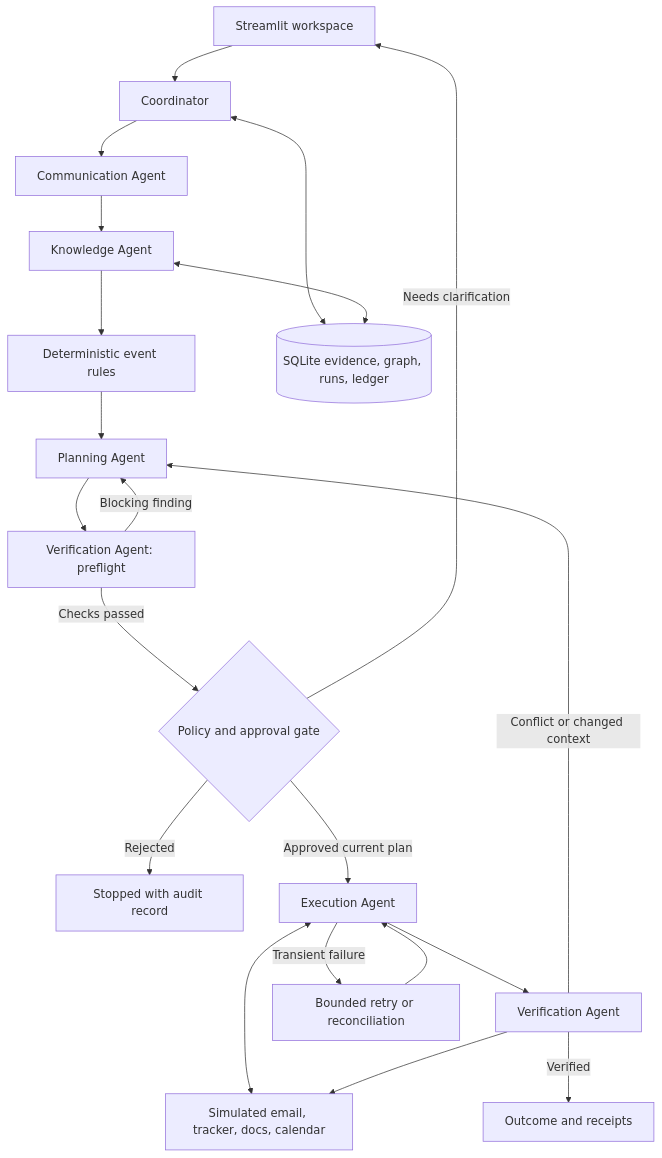
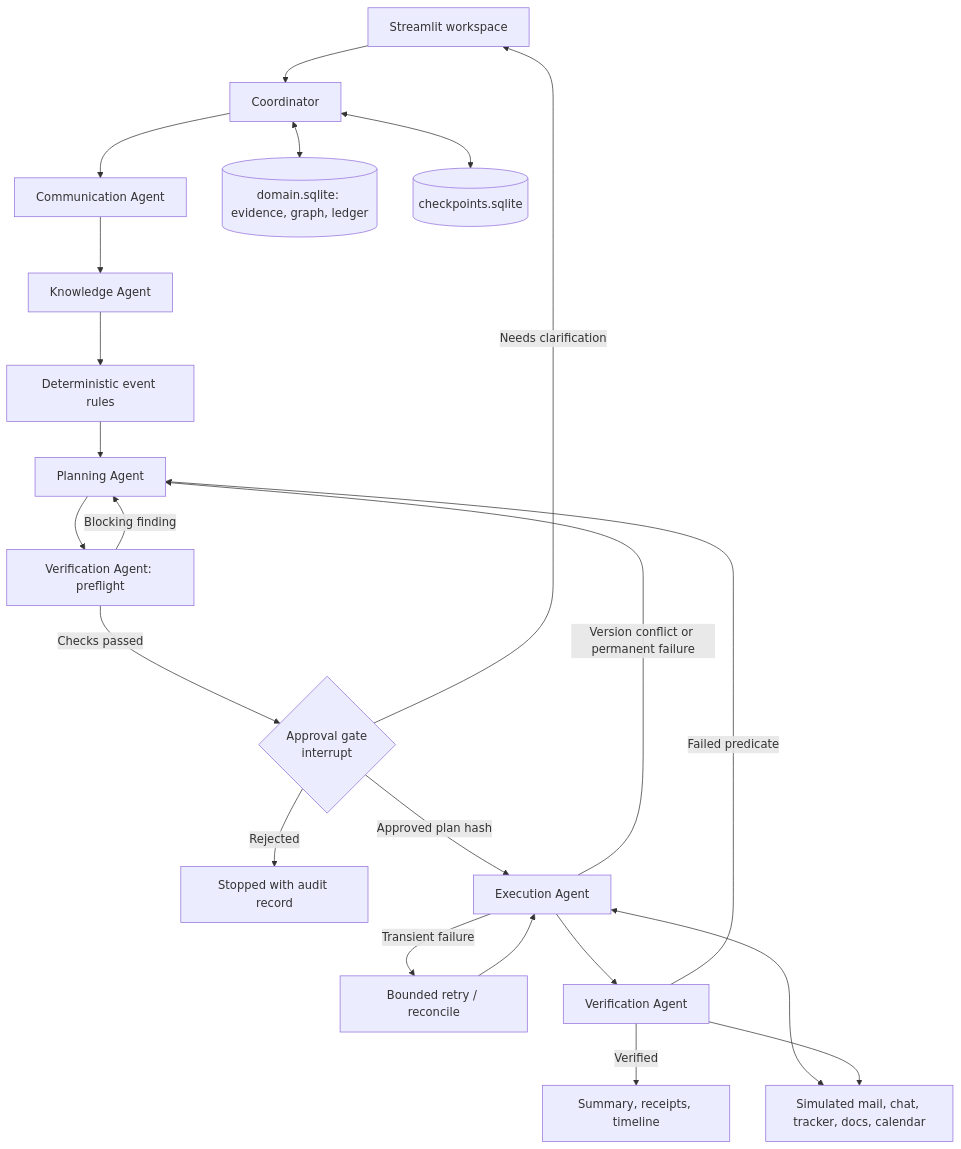
The diagram in temp/PROJECT_B_BLUEPRINT.md (Adarsh-Saurabh/HackInnovision26-MetaVision), drawn with Mermaid before and after one commit. The commit also changed other lines of this file, not shown here.

````diff
--- a/temp/PROJECT_B_BLUEPRINT.md
+++ b/temp/PROJECT_B_BLUEPRINT.md
@@ -202,23 +251,24 @@
 ```mermaid
 flowchart TD
     UI[Streamlit workspace] --> C[Coordinator]
     C --> COM[Communication Agent]
     COM --> K[Knowledge Agent]
     K --> RULES[Deterministic event rules]
     RULES --> P[Planning Agent]
     P --> PRE[Verification Agent: preflight]
     PRE -->|Blocking finding| P
-    PRE -->|Checks passed| G{Policy and approval gate}
+    PRE -->|Checks passed| G{Approval gate<br/>interrupt}
     G -->|Needs clarification| UI
     G -->|Rejected| STOP[Stopped with audit record]
-    G -->|Approved current plan| E[Execution Agent]
+    G -->|Approved plan hash| E[Execution Agent]
+    E -->|Transient failure| R[Bounded retry / reconcile]
+    R --> E
+    E -->|Version conflict or permanent failure| P
     E --> V[Verification Agent]
-    V -->|Verified| DONE[Outcome and receipts]
-    V -->|Conflict or changed context| P
-    E -->|Transient failure| R[Bounded retry or reconciliation]
-    R --> E
-    C <--> DB[(SQLite evidence, graph, runs, ledger)]
-    K <--> DB
-    E <--> T[Simulated email, tracker, docs, calendar]
+    V -->|Failed predicate| P
+    V -->|Verified| DONE[Summary, receipts, timeline]
+    C <--> DB[(domain.sqlite: evidence, graph, ledger)]
+    C <--> CP[(checkpoints.sqlite)]
+    E <--> T[Simulated mail, chat, tracker, docs, calendar]
     V --> T
 ```
````
